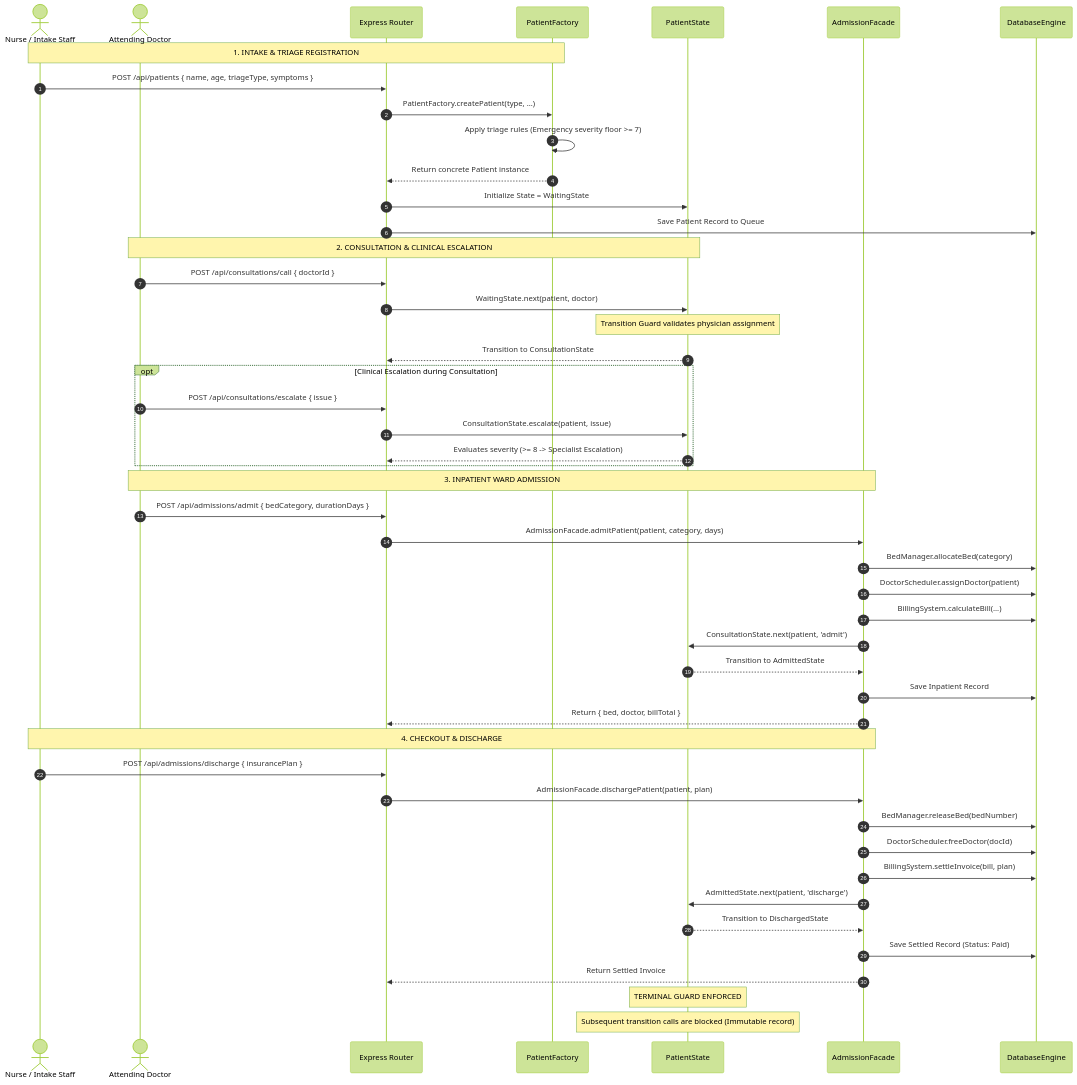
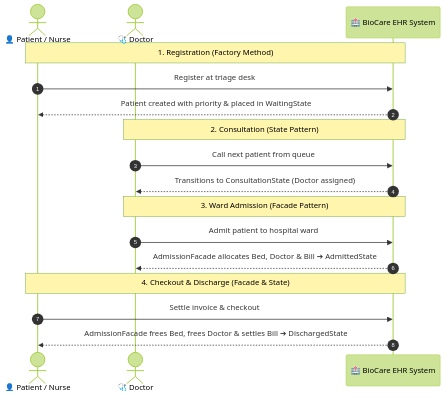
One commit to divitha2005-hub/Hospital-Queue changed the second of 2 diagrams in README.md. Above: the diagram before and after it, drawn with Mermaid (forest theme). The commit also changed other lines of this file, not shown here.

Commit message:
Simplify System Architecture and Clinical Workflow diagrams in README

````diff
--- a/README.md
+++ b/README.md
@@ -110,56 +48,23 @@
 ```mermaid
 sequenceDiagram
     autonumber
-    actor Nurse as Nurse / Intake Staff
-    actor Doctor as Attending Doctor
-    participant Routes as Express Router
-    participant Factory as PatientFactory
-    participant State as PatientState
-    participant Facade as AdmissionFacade
-    participant DB as DatabaseEngine
+    actor Patient as 👤 Patient / Nurse
+    actor Doctor as 🩺 Doctor
+    participant System as 🏥 BioCare EHR System
 
-    Note over Nurse, Factory: 1. INTAKE & TRIAGE REGISTRATION
-    Nurse->>Routes: POST /api/patients { name, age, triageType, symptoms }
-    Routes->>Factory: PatientFactory.createPatient(type, ...)
-    Factory->>Factory: Apply triage rules (Emergency severity floor >= 7)
-    Factory-->>Routes: Return concrete Patient instance
-    Routes->>State: Initialize State = WaitingState
-    Routes->>DB: Save Patient Record to Queue
+    Note over Patient, System: 1. Registration (Factory Method)
+    Patient->>System: Register at triage desk
+    System-->>Patient: Patient created with priority & placed in WaitingState
 
-    Note over Doctor, State: 2. CONSULTATION & CLINICAL ESCALATION
-    Doctor->>Routes: POST /api/consultations/call { doctorId }
-    Routes->>State: WaitingState.next(patient, doctor)
-    Note over State: Transition Guard validates physician assignment
-    State-->>Routes: Transition to ConsultationState
-    
-    opt Clinical Escalation during Consultation
-        Doctor->>Routes: POST /api/consultations/escalate { issue }
-        Routes->>State: ConsultationState.escalate(patient, issue)
-        State-->>Routes: Evaluates severity (>= 8 -> Specialist Escalation)
-    end
+    Note over Doctor, System: 2. Consultation (State Pattern)
+    Doctor->>System: Call next patient from queue
+    System-->>Doctor: Transitions to ConsultationState (Doctor assigned)
 
-    Note over Doctor, Facade: 3. INPATIENT WARD ADMISSION
-    Doctor->>Routes: POST /api/admissions/admit { bedCategory, durationDays }
-    Routes->>Facade: AdmissionFacade.admitPatient(patient, category, days)
-    Facade->>DB: BedManager.allocateBed(category)
-    Facade->>DB: DoctorScheduler.assignDoctor(patient)
-    Facade->>DB: BillingSystem.calculateBill(...)
-    Facade->>State: ConsultationState.next(patient, 'admit')
-    State-->>Facade: Transition to AdmittedState
-    Facade->>DB: Save Inpatient Record
-    Facade-->>Routes: Return { bed, doctor, billTotal }
+    Note over Doctor, System: 3. Ward Admission (Facade Pattern)
+    Doctor->>System: Admit patient to hospital ward
+    System-->>Doctor: AdmissionFacade allocates Bed, Doctor & Bill ➔ AdmittedState
 
-    Note over Nurse, Facade: 4. CHECKOUT & DISCHARGE
-    Nurse->>Routes: POST /api/admissions/discharge { insurancePlan }
-    Routes->>Facade: AdmissionFacade.dischargePatient(patient, plan)
-    Facade->>DB: BedManager.releaseBed(bedNumber)
-    Facade->>DB: DoctorScheduler.freeDoctor(docId)
-    Facade->>DB: BillingSystem.settleInvoice(bill, plan)
-    Facade->>State: AdmittedState.next(patient, 'discharge')
-    State-->>Facade: Transition to DischargedState
-    Facade->>DB: Save Settled Record (Status: Paid)
-    Facade-->>Routes: Return Settled Invoice
-
-    Note over State: TERMINAL GUARD ENFORCED
-    Note over State: Subsequent transition calls are blocked (Immutable record)
+    Note over Patient, System: 4. Checkout & Discharge (Facade & State)
+    Patient->>System: Settle invoice & checkout
+    System-->>Patient: AdmissionFacade frees Bed, frees Doctor & settles Bill ➔ DischargedState
 ```
````
